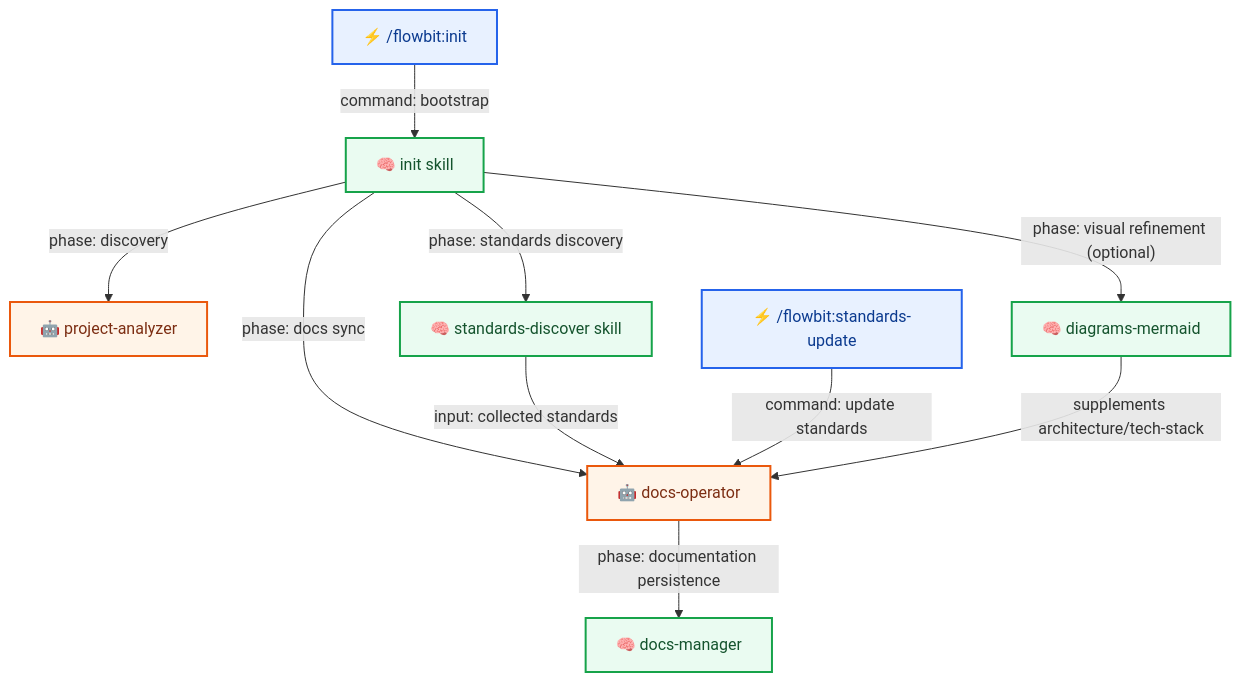
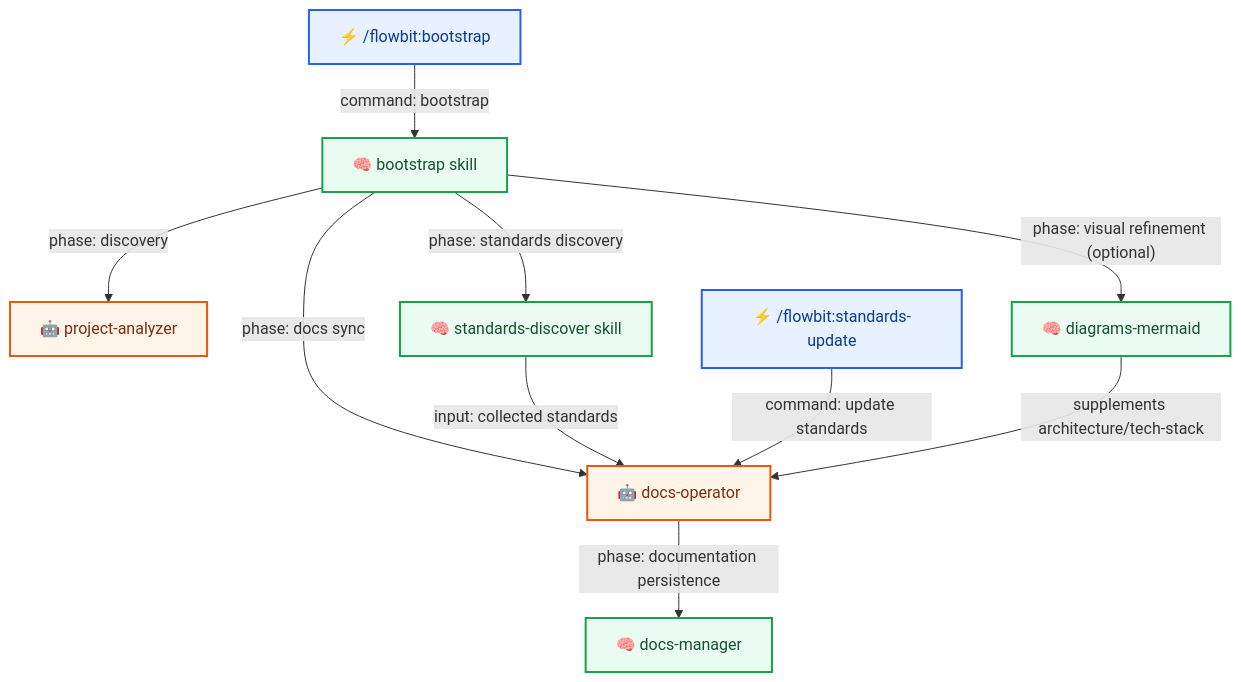
Before and after one commit to plucins/flowbit: the second of 11 diagrams in docs/flow/workflows.md, drawn with Mermaid. The commit also changed other lines of this file and 22 other files, not shown here.

First line of the commit message:
chore: rename init skill to bootstrap and bump to 1.7.0

````diff
--- a/docs/flow/workflows.md
+++ b/docs/flow/workflows.md
@@ -57,19 +57,19 @@
 ```mermaid
 graph TD
-  INIT_CMD["⚡ /flowbit:init"] -- "command: bootstrap" --> INIT["🧠 init skill"]
+  INIT_CMD["⚡ /flowbit:bootstrap"] -- "command: bootstrap" --> INIT["🧠 bootstrap skill"]
   INIT -- "phase: discovery" --> PROJ["🤖 project-analyzer"]
   INIT -- "phase: standards discovery" --> STD_DISC["🧠 standards-discover skill"]
   INIT -- "phase: visual refinement (optional)" --> DIAG_I["🧠 diagrams-mermaid"]
   INIT -- "phase: docs sync" --> DOCS_OP["🤖 docs-operator"]
   STD_DISC -- "input: collected standards" --> DOCS_OP
   STD_UPD["⚡ /flowbit:standards-update"] -- "command: update standards" --> DOCS_OP
   DIAG_I -- "supplements architecture/tech-stack" --> DOCS_OP
   DOCS_OP -- "phase: documentation persistence" --> DOCS["🧠 docs-manager"]
 
   classDef cmd fill:#E8F1FF,stroke:#2563EB,stroke-width:2px,color:#0B3A8F;
   classDef skill fill:#EAFBF1,stroke:#16A34A,stroke-width:2px,color:#14532D;
   classDef agent fill:#FFF4E8,stroke:#EA580C,stroke-width:2px,color:#7C2D12;
   class INIT_CMD,STD_UPD cmd;
   class INIT,STD_DISC,DOCS,DIAG_I skill;
   class PROJ,DOCS_OP agent;
 ```
````
